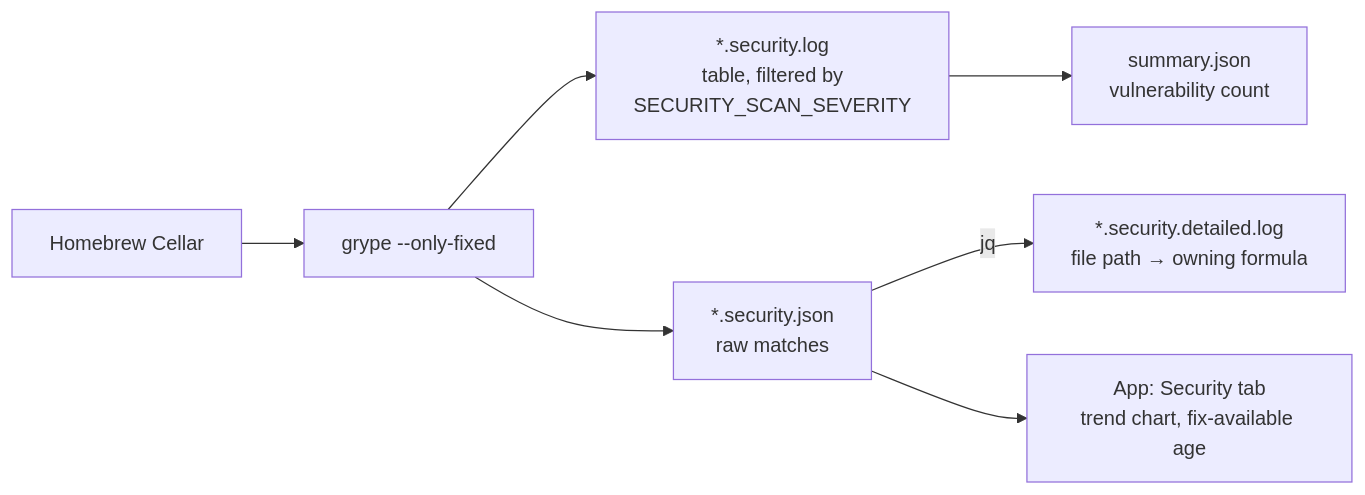
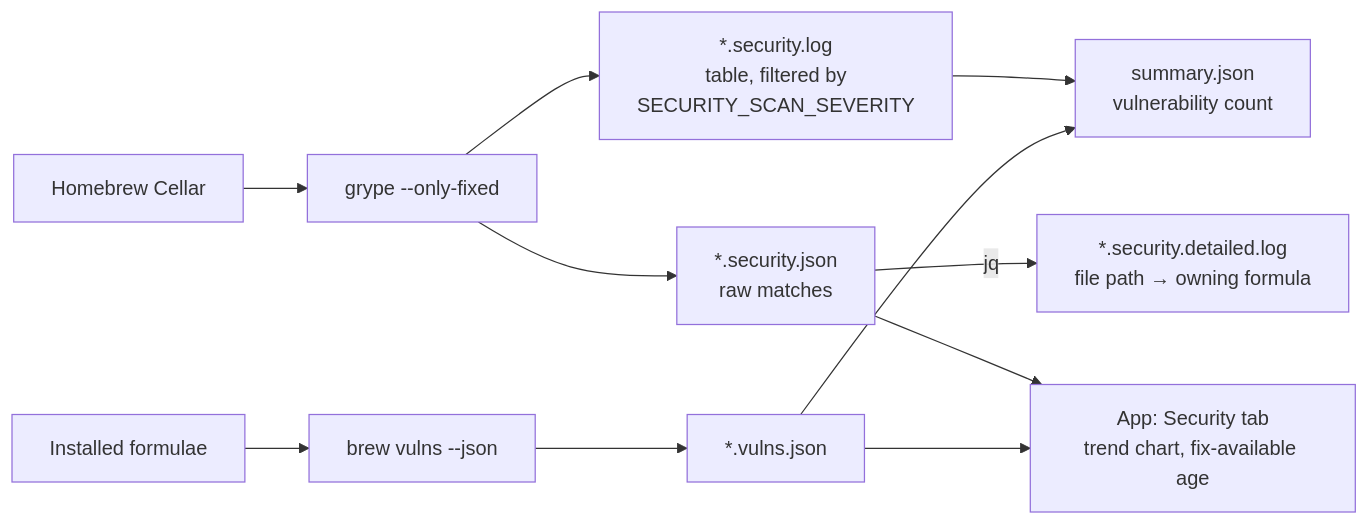
One commit to jxman/homebrew-update-assistant changed the third of 5 diagrams in README.md. Above: the diagram before and after it, drawn with Mermaid. The commit also changed other lines of this file and 4 other files, not shown here.

First line of the commit message:
feat(script): add brew vulns scan and deprecation check (2.4.0)

````diff
--- a/README.md
+++ b/README.md
@@ -219,9 +231,13 @@
 ```mermaid
 flowchart LR
     cellar["Homebrew Cellar"] --> grype["grype --only-fixed"]
     grype --> table["*.security.log<br/>table, filtered by<br/>SECURITY_SCAN_SEVERITY"]
     grype --> json["*.security.json<br/>raw matches"]
     json -- "jq" --> detailed["*.security.detailed.log<br/>file path → owning formula"]
     table --> summary["summary.json<br/>vulnerability count"]
     json --> appsec["App: Security tab<br/>trend chart, fix-available age"]
+    formulae["Installed formulae"] --> bv["brew vulns --json"]
+    bv --> vjson["*.vulns.json"]
+    vjson --> summary
+    vjson --> appsec
 ```
````
